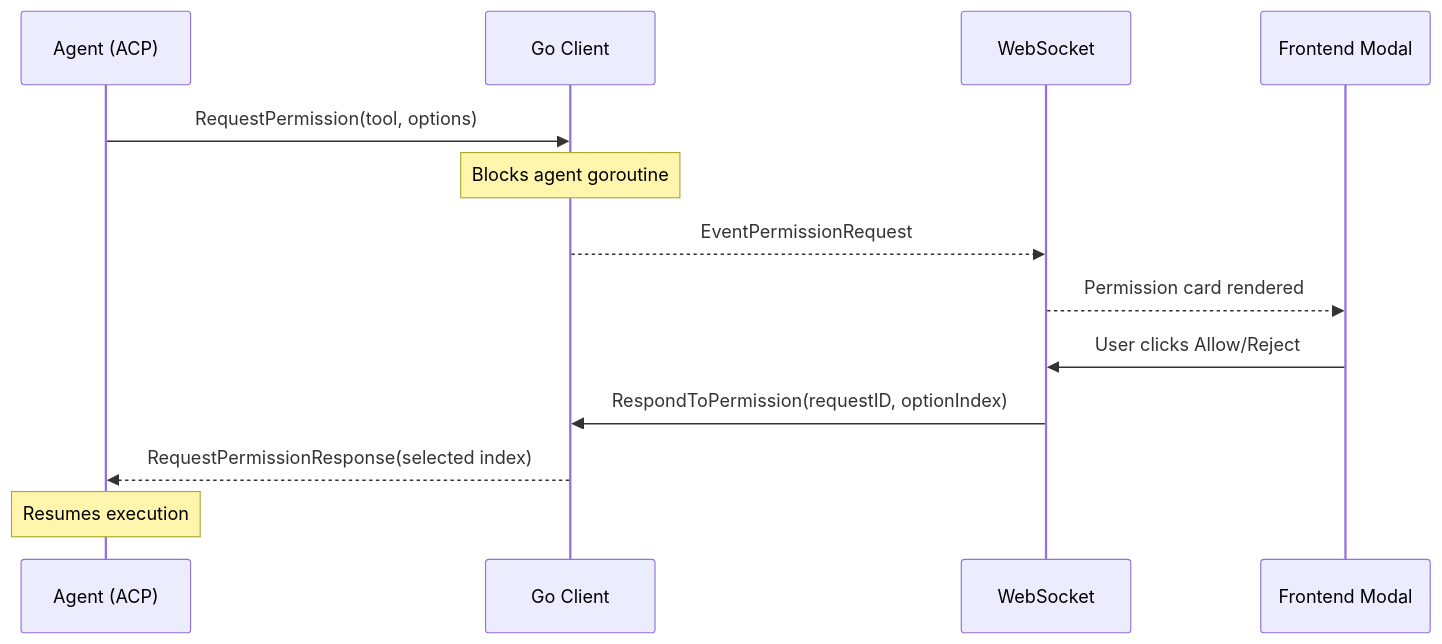
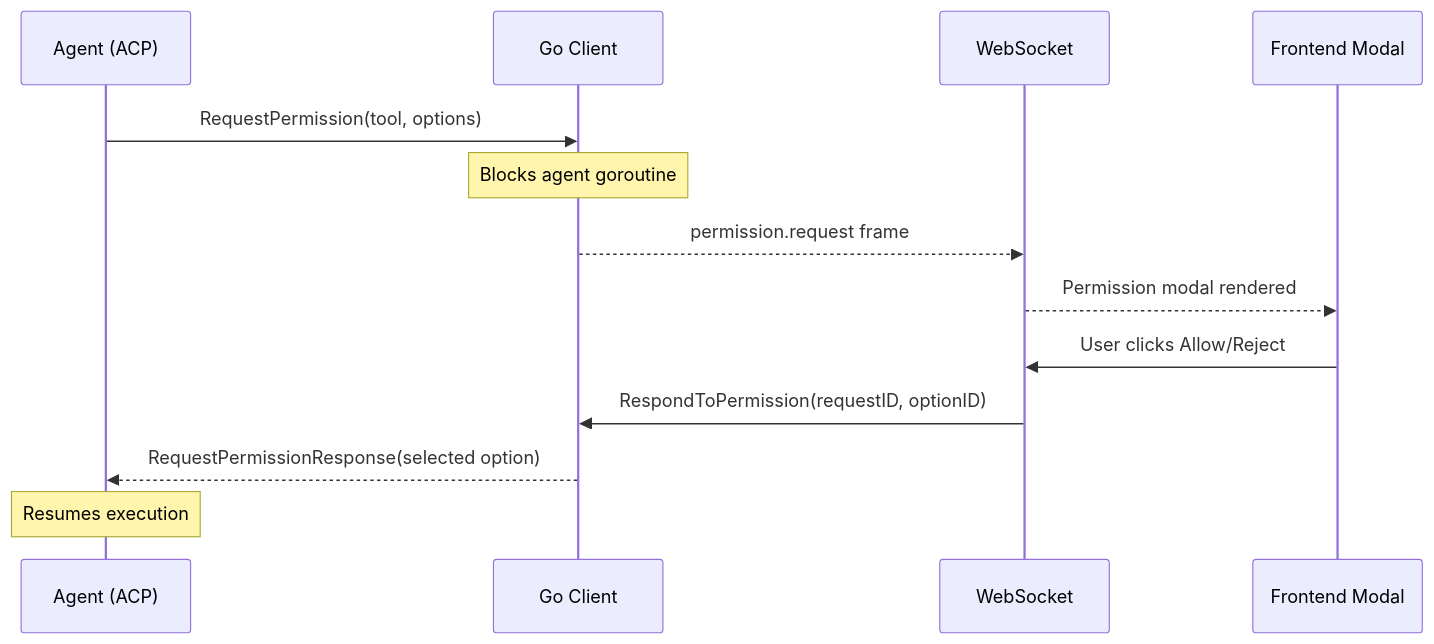
One commit to xiaoyuanzhu-com/my-life-db-docs changed the third of 3 diagrams in src/content/docs/tech-design/acp.md. Above: the diagram before and after it, drawn with Mermaid. The commit also changed other lines of this file, not shown here.

First line of the commit message:
update ACP doc: remove envelope concept, describe direct frame composition

````diff
--- a/src/content/docs/tech-design/acp.md
+++ b/src/content/docs/tech-design/acp.md
@@ -241,19 +263,19 @@
 ```mermaid
 sequenceDiagram
     participant Agent as Agent (ACP)
     participant Client as Go Client
     participant WS as WebSocket
     participant Modal as Frontend Modal
 
     Agent->>Client: RequestPermission(tool, options)
     Note over Client: Blocks agent goroutine
 
-    Client-->>WS: EventPermissionRequest
-    WS-->>Modal: Permission card rendered
+    Client-->>WS: permission.request frame
+    WS-->>Modal: Permission modal rendered
 
     Modal->>WS: User clicks Allow/Reject
-    WS->>Client: RespondToPermission(requestID, optionIndex)
+    WS->>Client: RespondToPermission(requestID, optionID)
 
-    Client-->>Agent: RequestPermissionResponse(selected index)
+    Client-->>Agent: RequestPermissionResponse(selected option)
     Note over Agent: Resumes execution
 ```
````
